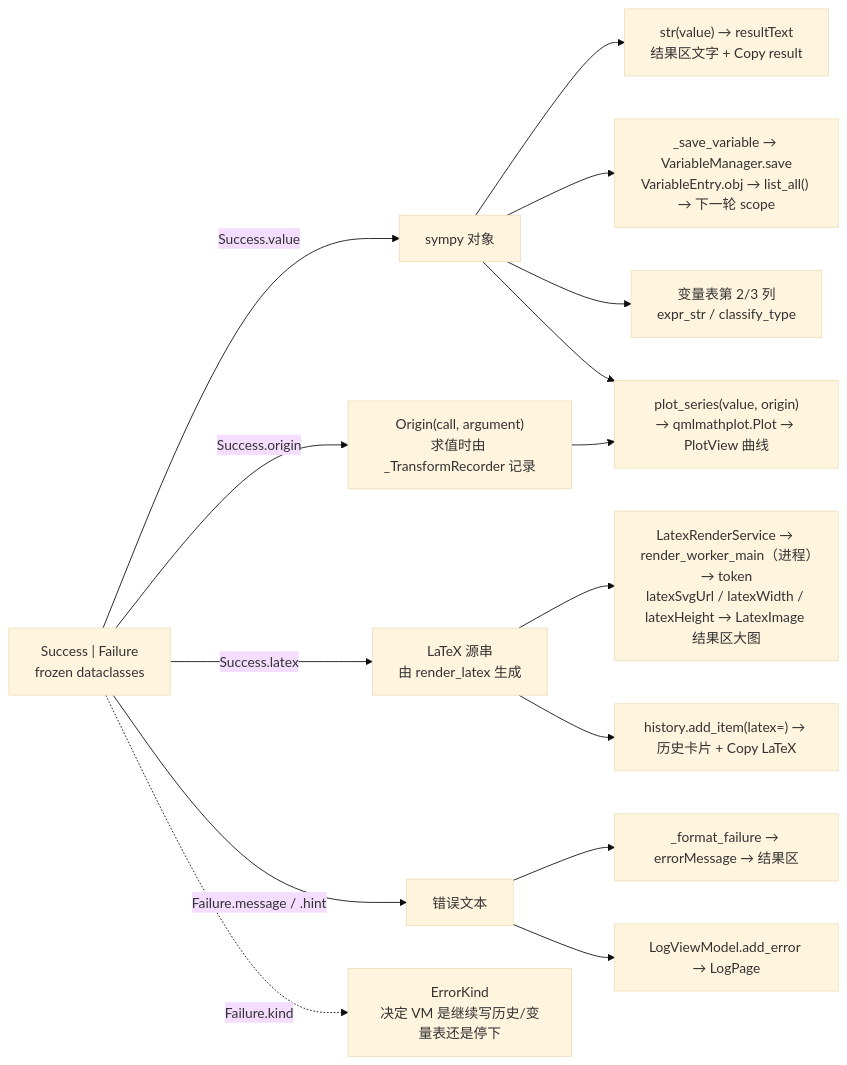
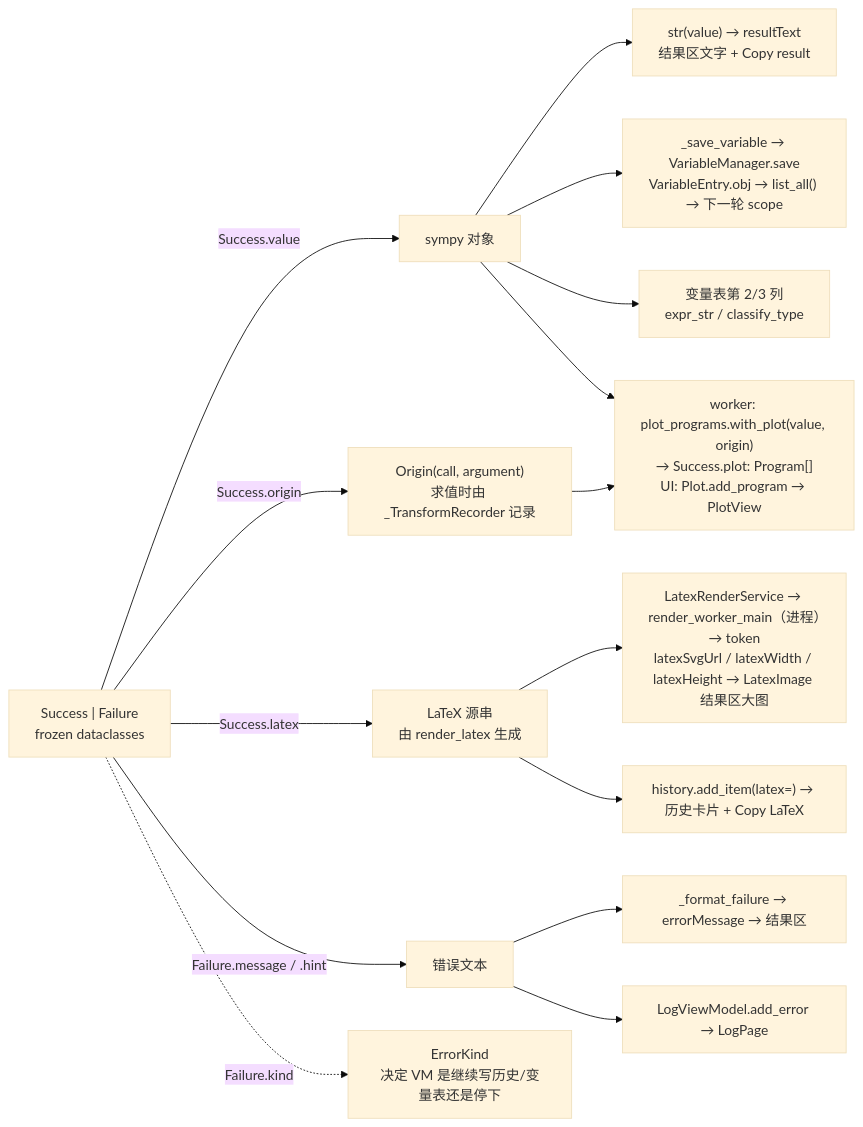
The third of 3 diagrams in docs/architecture.md (I-AM-A-NOOB/Symplify), drawn with Mermaid (base theme) before and after one commit. The commit also changed other lines of this file and 11 other files, not shown here.

First line of the commit message:
Use qmlmathplot 0.7 Program plots from the worker

````diff
--- a/docs/architecture.md
+++ b/docs/architecture.md
@@ -234,23 +239,23 @@
 ```mermaid
 flowchart LR
     R["Success | Failure<br/>frozen dataclasses"]
 
     R -->|"Success.value"| V["sympy 对象"]
     V --> V1["str(value) → resultText<br/>结果区文字 + Copy result"]
     V --> V2["_save_variable → VariableManager.save<br/>VariableEntry.obj → list_all() → 下一轮 scope"]
     V --> V3["变量表第 2/3 列<br/>expr_str / classify_type"]
-    V --> V4["plot_series(value, origin)<br/>→ qmlmathplot.Plot → PlotView 曲线"]
+    V --> V4["worker: plot_programs.with_plot(value, origin)<br/>→ Success.plot: Program[]<br/>UI: Plot.add_program → PlotView"]
 
     R -->|"Success.origin"| O["Origin(call, argument)<br/>求值时由 _TransformRecorder 记录"]
     O --> V4
 
     R -->|"Success.latex"| L["LaTeX 源串<br/>由 render_latex 生成"]
     L --> L1["LatexRenderService → render_worker_main（进程）→ token<br/>latexSvgUrl / latexWidth / latexHeight → LatexImage 结果区大图"]
     L --> L2["history.add_item(latex=) → 历史卡片 + Copy LaTeX"]
 
     R -->|"Failure.message / .hint"| E["错误文本"]
     E --> E1["_format_failure → errorMessage → 结果区"]
     E --> E2["LogViewModel.add_error → LogPage"]
 
     R -.->|"Failure.kind"| K["ErrorKind<br/>决定 VM 是继续写历史/变量表还是停下"]
 ```
````
